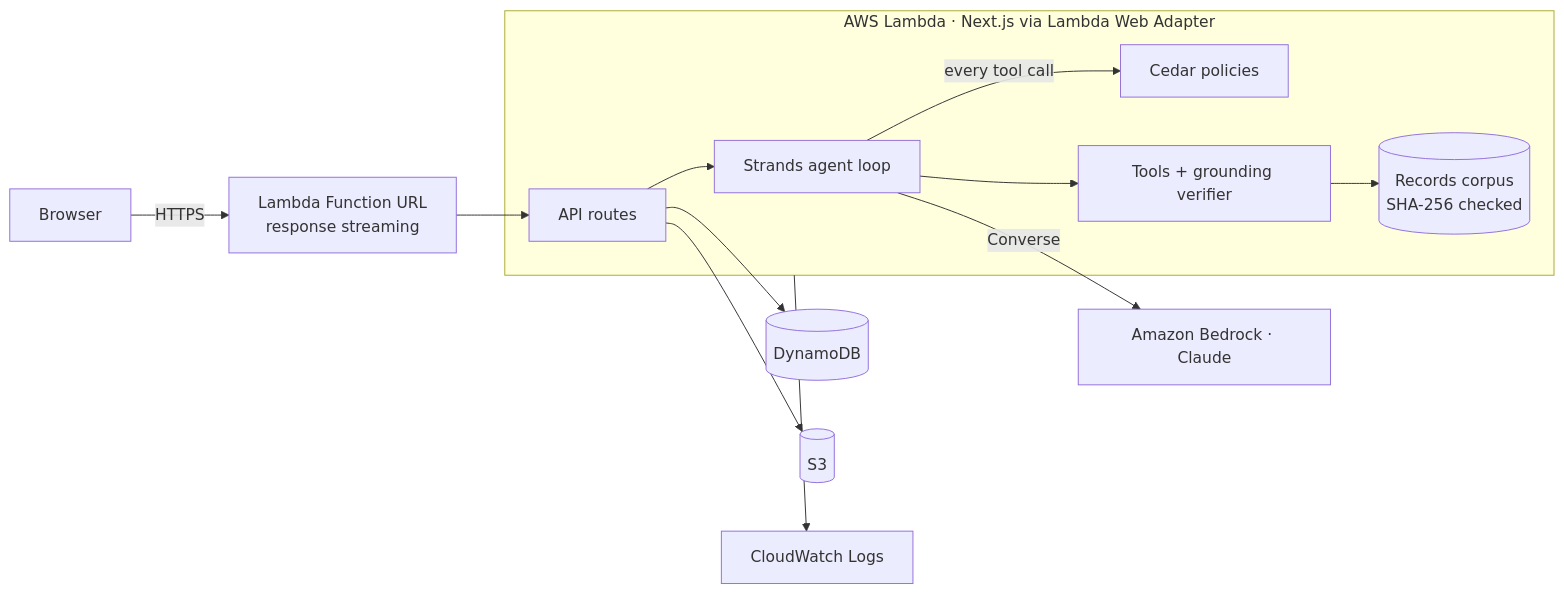
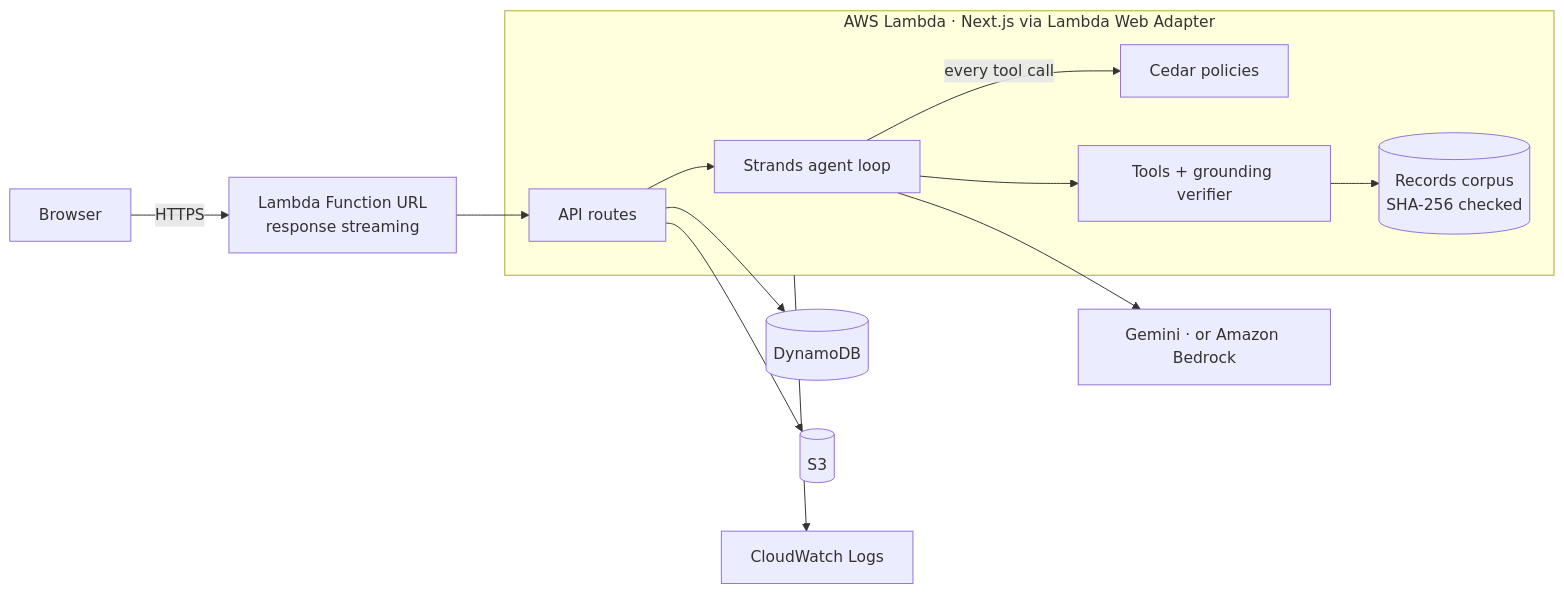
One commit to SiddhanthKapoor/civicproof changed the diagram in README.md. Above: the diagram before and after it, drawn with Mermaid. The commit also changed other lines of this file and 30 other files, not shown here.

````diff
--- a/README.md
+++ b/README.md
@@ -81,15 +81,15 @@
 ```mermaid
 flowchart LR
   B[Browser] -- HTTPS --> U[Lambda Function URL<br/>response streaming]
   subgraph L[AWS Lambda · Next.js via Lambda Web Adapter]
     API[API routes] --> AG[Strands agent loop]
     AG -- every tool call --> CE[Cedar policies]
     AG --> T[Tools + grounding verifier]
     T --> C[(Records corpus<br/>SHA-256 checked)]
   end
   U --> API
-  AG -- Converse --> BR[Amazon Bedrock · Claude]
+  AG --> BR[Gemini · or Amazon Bedrock]
   API --> DDB[(DynamoDB)]
   API --> S3[(S3)]
   L --> CW[CloudWatch Logs]
 ```
````
